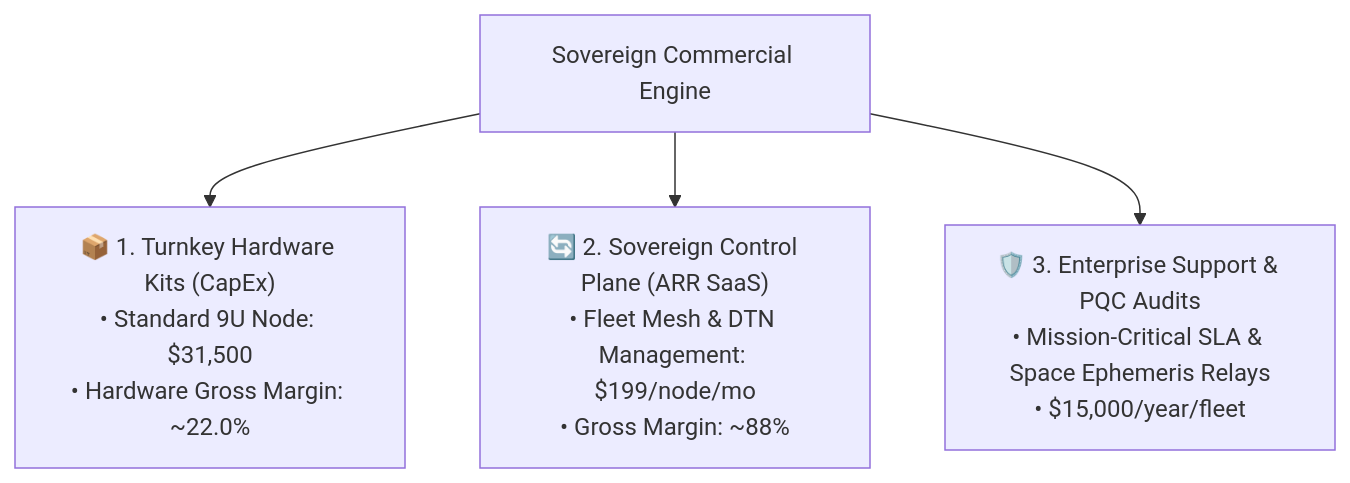
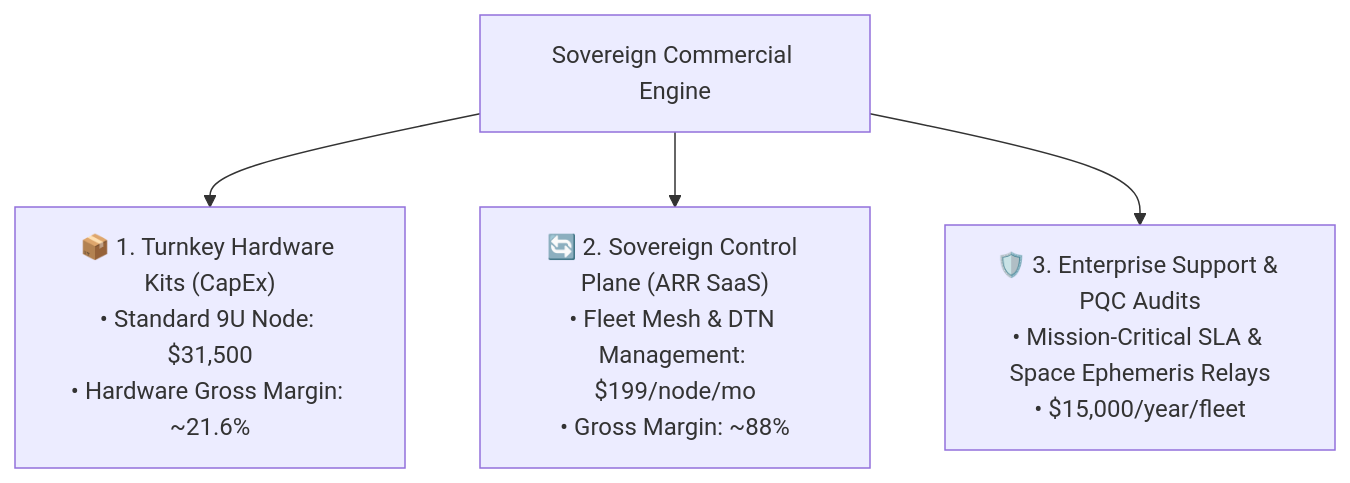
The third of 5 diagrams in COMMERCIALIZATION.md (iliachry/sovereign-mini-datacenter), drawn with Mermaid before and after one commit. The commit also changed other lines of this file and 41 other files, not shown here.

````diff
--- a/COMMERCIALIZATION.md
+++ b/COMMERCIALIZATION.md
@@ -77,8 +77,8 @@
 ```mermaid
 flowchart TD
     SMDC["Sovereign Commercial Engine"]
     
-    SMDC --> H["📦 1. Turnkey Hardware Kits (CapEx)<br/>• Standard 9U Node: $31,500<br/>• Hardware Gross Margin: ~22.0%"]
+    SMDC --> H["📦 1. Turnkey Hardware Kits (CapEx)<br/>• Standard 9U Node: $31,500<br/>• Hardware Gross Margin: ~21.6%"]
     SMDC --> S["🔄 2. Sovereign Control Plane (ARR SaaS)<br/>• Fleet Mesh & DTN Management: $199/node/mo<br/>• Gross Margin: ~88%"]
     SMDC --> E["🛡️ 3. Enterprise Support & PQC Audits<br/>• Mission-Critical SLA & Space Ephemeris Relays<br/>• $15,000/year/fleet"]
 ```
````
